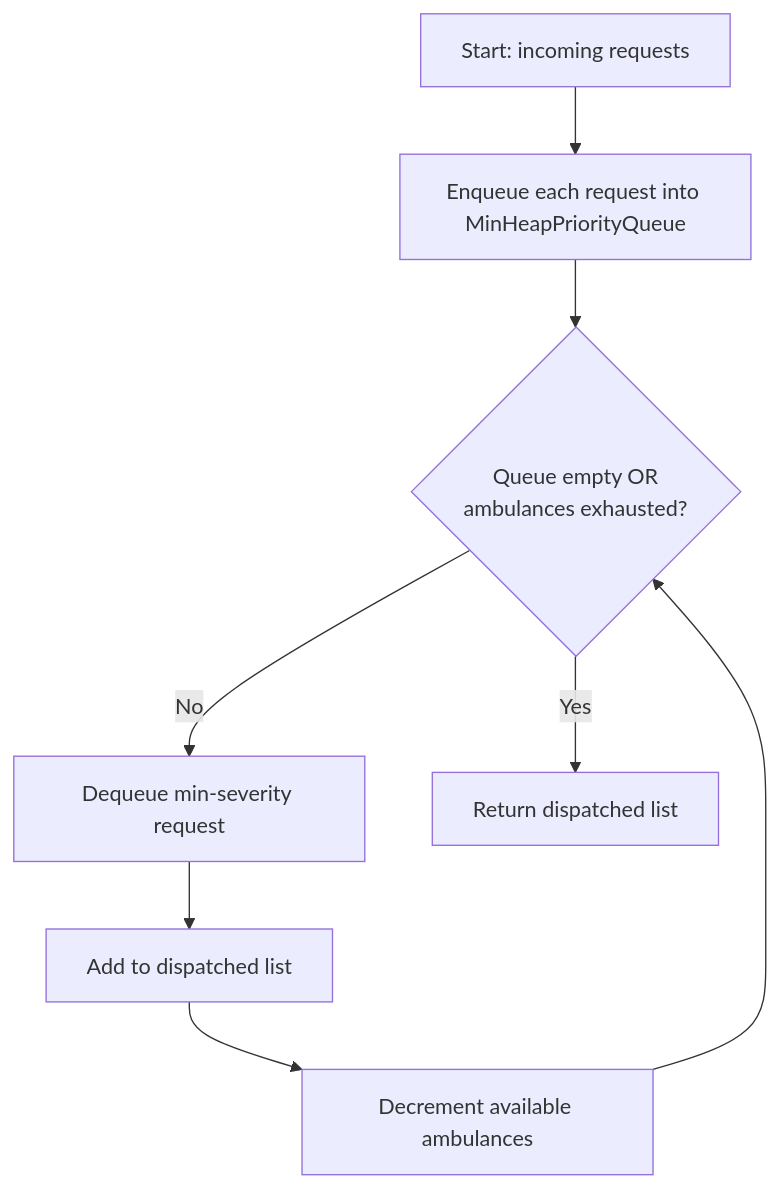
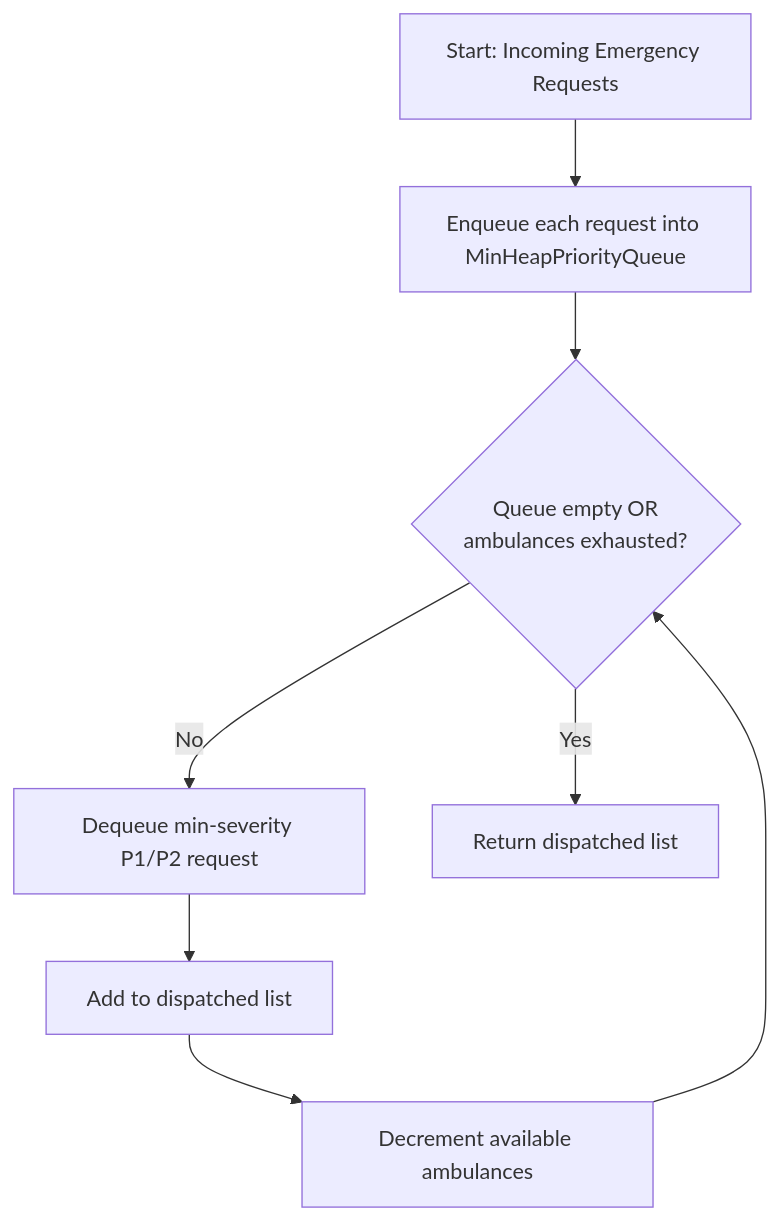
One commit to Septagon-Systems/Hospital-Service-DSA changed the first of 6 diagrams in docs/service-operations/flowcharts-pseudocode.md. Above: the diagram before and after it, drawn with Mermaid. The commit also changed other lines of this file and 1 other file, not shown here.

Commit message:
docs(flowcharts): expand pseudocode to cover all 12 data structures and multi-queue dispatch

````diff
--- a/docs/service-operations/flowcharts-pseudocode.md
+++ b/docs/service-operations/flowcharts-pseudocode.md
@@ -60,10 +67,10 @@
 ```mermaid
 flowchart TD
-    A[Start: incoming requests] --> B[Enqueue each request into MinHeapPriorityQueue]
+    A[Start: Incoming Emergency Requests] --> B[Enqueue each request into MinHeapPriorityQueue]
     B --> C{"Queue empty OR<br/>ambulances exhausted?"}
-    C -- No --> D[Dequeue min-severity request]
+    C -- No --> D[Dequeue min-severity P1/P2 request]
     D --> E[Add to dispatched list]
     E --> F[Decrement available ambulances]
     F --> C
     C -- Yes --> G[Return dispatched list]
 ```
````
